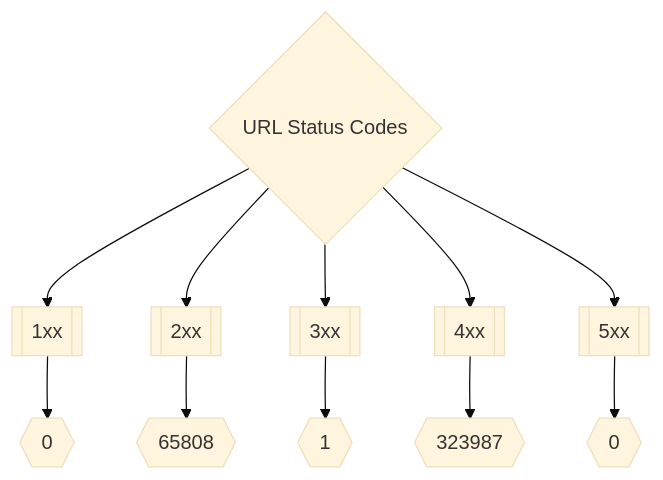
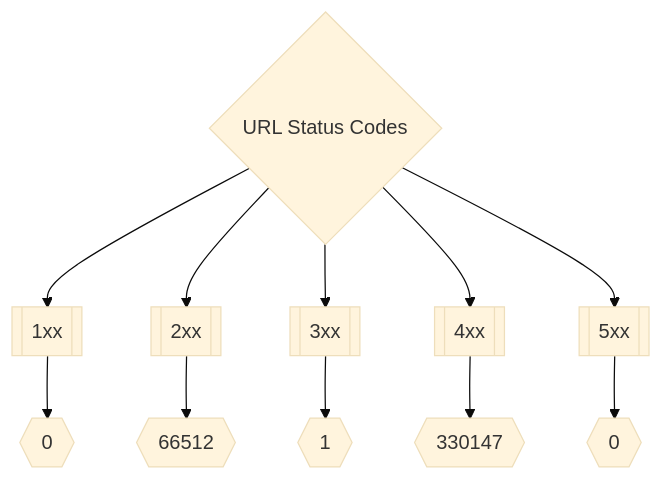
Before and after one commit to trickest/inventory: the second of 3 diagrams in README.md, drawn with Mermaid (base theme). The commit also changed other lines of this file and 118 other files, not shown here.

````diff
--- a/README.md
+++ b/README.md
@@ -173,8 +173,8 @@
 ```mermaid
 graph TD
 title{URL Status Codes} --> 1xx[[1xx]] --> status1xxNum{{0}}
-title --> 2xx[[2xx]] --> status2xxNum{{65808}}
+title --> 2xx[[2xx]] --> status2xxNum{{66512}}
 title --> 3xx[[3xx]] --> status3xxNum{{1}}
-title --> 4xx[[4xx]] --> status4xxNum{{323987}}
+title --> 4xx[[4xx]] --> status4xxNum{{330147}}
 title --> 5xx[[5xx]] --> status5xxNum{{0}}
 ```
````
